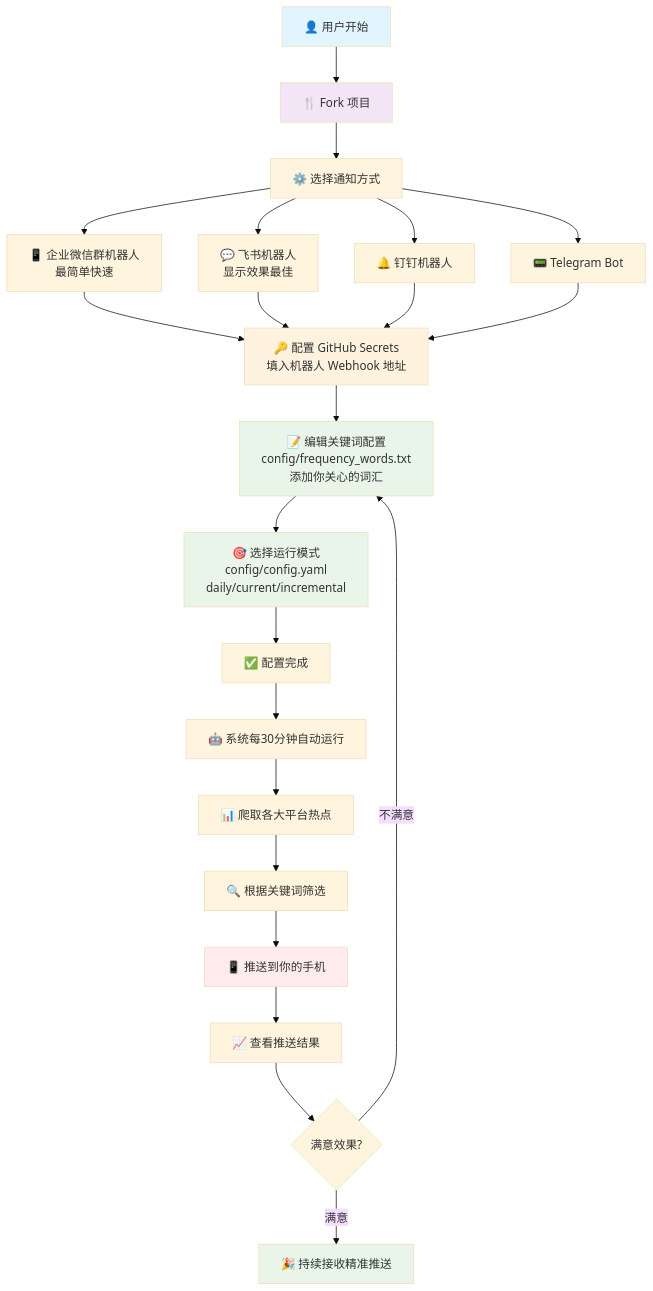
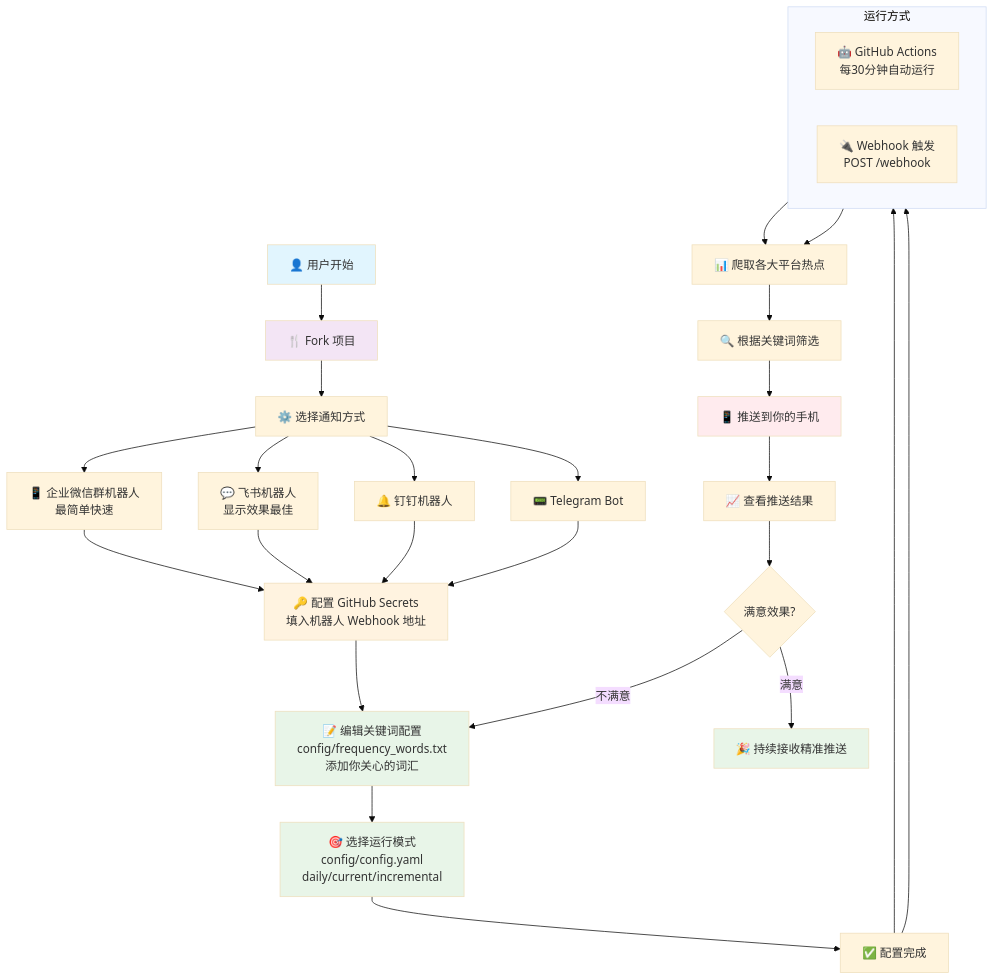
The diagram in readme.md (taiyangsu/TrendRadar), drawn with Mermaid (base theme) before and after one commit. The commit also changed other lines of this file and 1 other file, not shown here.

````diff
--- a/readme.md
+++ b/readme.md
@@ -613,38 +662,46 @@
 ```mermaid
 flowchart TD
     A[👤 用户开始] --> B[🍴 Fork 项目]
     B --> C[⚙️ 选择通知方式]
     
     C --> D1[📱 企业微信群机器人<br/>最简单快速]
     C --> D2[💬 飞书机器人<br/>显示效果最佳]
     C --> D3[🔔 钉钉机器人<br/>]
     C --> D4[📟 Telegram Bot<br/>]
     
     D1 --> E[🔑 配置 GitHub Secrets<br/>填入机器人 Webhook 地址]
     D2 --> E
     D3 --> E  
     D4 --> E
     
     E --> F[📝 编辑关键词配置<br/>config/frequency_words.txt<br/>添加你关心的词汇]
     F --> G[🎯 选择运行模式<br/>config/config.yaml<br/>daily/current/incremental]
     
     G --> H[✅ 配置完成]
-    H --> I[🤖 系统每30分钟自动运行]
+    subgraph "运行方式"
+        direction LR
+        I[🤖 GitHub Actions<br/>每30分钟自动运行]
+        I2[🔌 Webhook 触发<br/>POST /webhook]
+    end
     
+    H --> I
+    H --> I2
+
     I --> J[📊 爬取各大平台热点]
+    I2 --> J
     J --> K[🔍 根据关键词筛选]
     K --> L[📱 推送到你的手机]
     
     L --> M[📈 查看推送结果]
     M --> N{满意效果?}
     N -->|不满意| F
     N -->|满意| O[🎉 持续接收精准推送]
     
     style A fill:#e1f5fe
     style B fill:#f3e5f5
     style E fill:#fff3e0
     style F fill:#e8f5e8
     style G fill:#e8f5e8
     style L fill:#ffebee
     style O fill:#e8f5e8
 ```
````
